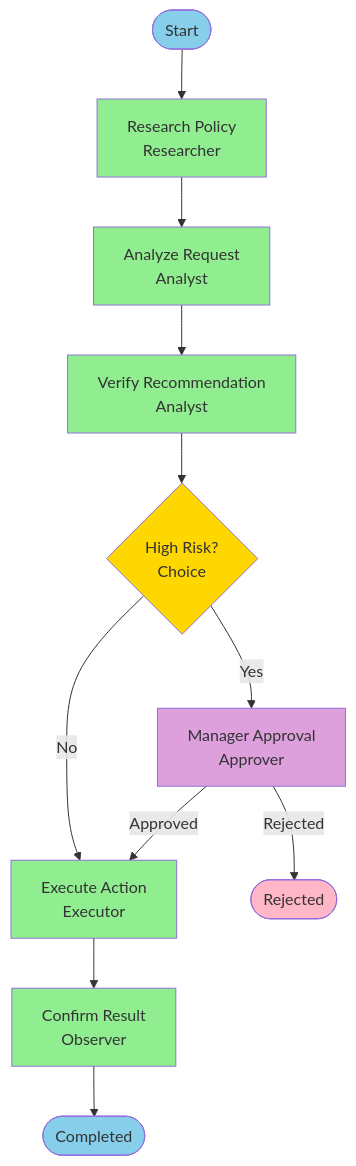
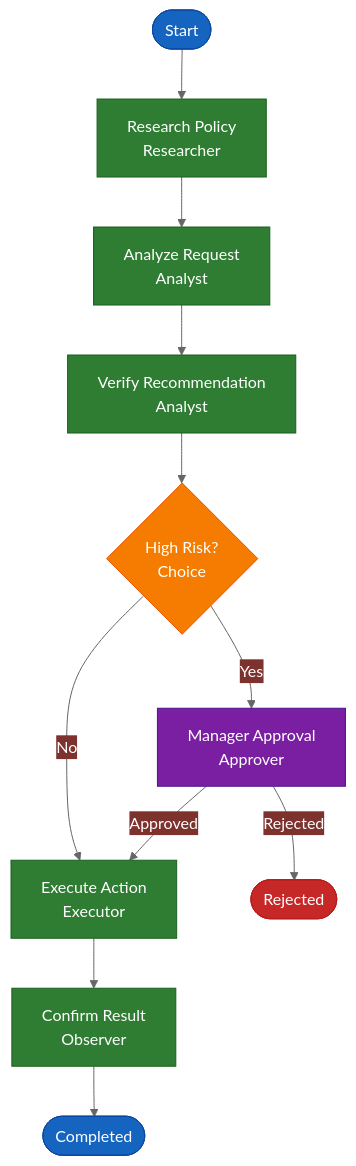
One commit to gcowin/approachable-workflows changed the second of 11 diagrams in docs/reference/visual-patterns.md. Above: the diagram before and after it, drawn with Mermaid. The commit also changed other lines of this file and 1 other file, not shown here.

````diff
--- a/docs/reference/visual-patterns.md
+++ b/docs/reference/visual-patterns.md
@@ -77,24 +78,25 @@
 ```mermaid
+%%{init: {'theme':'base', 'themeVariables': {'primaryColor':'#2E7D32','primaryTextColor':'#fff','primaryBorderColor':'#1B5E20','lineColor':'#666'}}}%%
 graph TD
     Start([Start]) --> A[Research Policy<br/>Researcher]
     A --> B[Analyze Request<br/>Analyst]
     B --> C[Verify Recommendation<br/>Analyst]
     C --> D{High Risk?<br/>Choice}
     D -->|Yes| E[Manager Approval<br/>Approver]
     D -->|No| F[Execute Action<br/>Executor]
     E -->|Approved| F
     E -->|Rejected| End1([Rejected])
     F --> G[Confirm Result<br/>Observer]
     G --> End2([Completed])
     
-    style Start fill:#87CEEB
-    style A fill:#90EE90
-    style B fill:#90EE90
-    style C fill:#90EE90
-    style D fill:#FFD700
-    style E fill:#DDA0DD
-    style F fill:#90EE90
-    style G fill:#90EE90
-    style End1 fill:#FFB6C6
-    style End2 fill:#87CEEB
+    style Start fill:#1565C0,stroke:#0D47A1,color:#fff
+    style A fill:#2E7D32,stroke:#1B5E20,color:#fff
+    style B fill:#2E7D32,stroke:#1B5E20,color:#fff
+    style C fill:#2E7D32,stroke:#1B5E20,color:#fff
+    style D fill:#F57C00,stroke:#E65100,color:#fff
+    style E fill:#7B1FA2,stroke:#4A148C,color:#fff
+    style F fill:#2E7D32,stroke:#1B5E20,color:#fff
+    style G fill:#2E7D32,stroke:#1B5E20,color:#fff
+    style End1 fill:#C62828,stroke:#B71C1C,color:#fff
+    style End2 fill:#1565C0,stroke:#0D47A1,color:#fff
 ```
````
